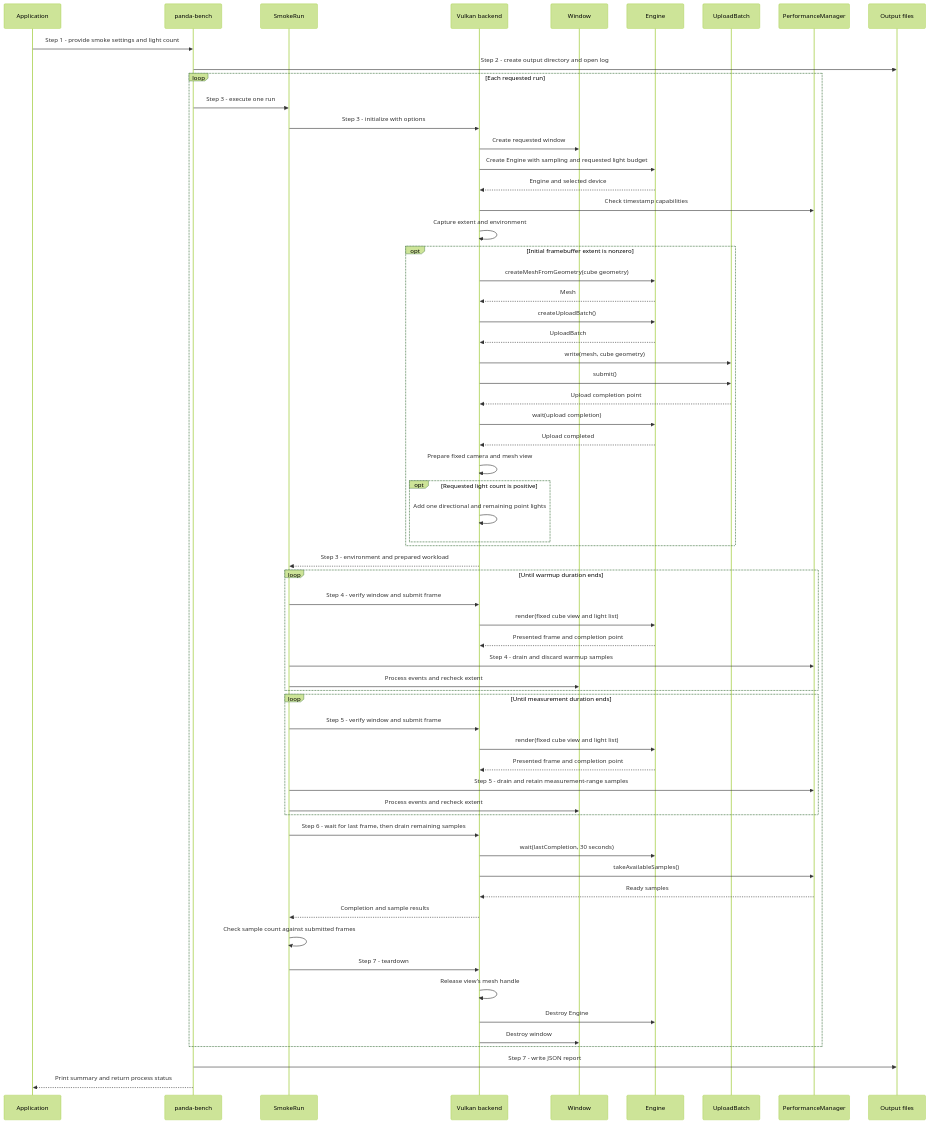
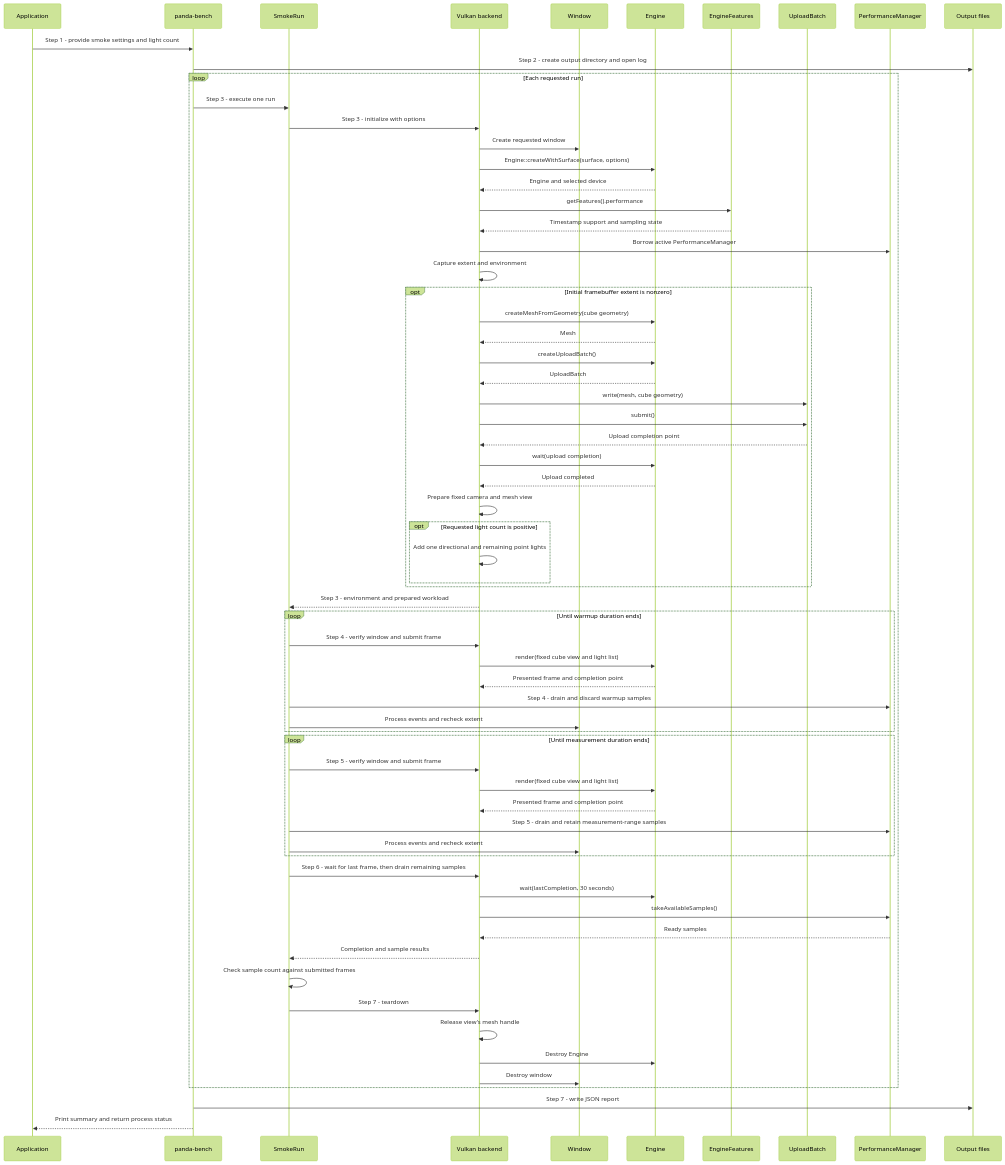
Before and after one commit to a-soltysik/Panda: the first of 2 diagrams in docs/use-cases/benchmark-smoke-run.md, drawn with Mermaid (forest theme). The commit also changed other lines of this file and 83 other files, not shown here.

Commit message:
Report optional Engine features and guard unavailable services (#130)

````diff
--- a/docs/use-cases/benchmark-smoke-run.md
+++ b/docs/use-cases/benchmark-smoke-run.md
@@ -61,65 +63,68 @@
 ```mermaid
 sequenceDiagram
     participant A as Application
     participant M as panda-bench
     participant S as SmokeRun
     participant B as Vulkan backend
     participant W as Window
     participant C as Engine
+    participant E as EngineFeatures
     participant U as UploadBatch
     participant P as PerformanceManager
     participant F as Output files
     A ->> M: Step 1 - provide smoke settings and light count
     M ->> F: Step 2 - create output directory and open log
     loop Each requested run
         M ->> S: Step 3 - execute one run
         S ->> B: Step 3 - initialize with options
         B ->> W: Create requested window
-        B ->> C: Create Engine with sampling and requested light budget
+        B ->> C: Engine::createWithSurface(surface, options)
         C -->> B: Engine and selected device
-        B ->> P: Check timestamp capabilities
+        B ->> E: getFeatures().performance
+        E -->> B: Timestamp support and sampling state
+        B ->> P: Borrow active PerformanceManager
         B ->> B: Capture extent and environment
         opt Initial framebuffer extent is nonzero
             B ->> C: createMeshFromGeometry(cube geometry)
             C -->> B: Mesh
             B ->> C: createUploadBatch()
             C -->> B: UploadBatch
             B ->> U: write(mesh, cube geometry)
             B ->> U: submit()
             U -->> B: Upload completion point
             B ->> C: wait(upload completion)
             C -->> B: Upload completed
             B ->> B: Prepare fixed camera and mesh view
             opt Requested light count is positive
                 B ->> B: Add one directional and remaining point lights
             end
         end
         B -->> S: Step 3 - environment and prepared workload
         loop Until warmup duration ends
             S ->> B: Step 4 - verify window and submit frame
             B ->> C: render(fixed cube view and light list)
             C -->> B: Presented frame and completion point
             S ->> P: Step 4 - drain and discard warmup samples
             S ->> W: Process events and recheck extent
         end
         loop Until measurement duration ends
             S ->> B: Step 5 - verify window and submit frame
             B ->> C: render(fixed cube view and light list)
             C -->> B: Presented frame and completion point
             S ->> P: Step 5 - drain and retain measurement-range samples
             S ->> W: Process events and recheck extent
         end
         S ->> B: Step 6 - wait for last frame, then drain remaining samples
         B ->> C: wait(lastCompletion, 30 seconds)
         B ->> P: takeAvailableSamples()
         P -->> B: Ready samples
         B -->> S: Completion and sample results
         S ->> S: Check sample count against submitted frames
         S ->> B: Step 7 - teardown
         B ->> B: Release view's mesh handle
         B ->> C: Destroy Engine
         B ->> W: Destroy window
     end
     M ->> F: Step 7 - write JSON report
     M -->> A: Print summary and return process status
 ```
````
